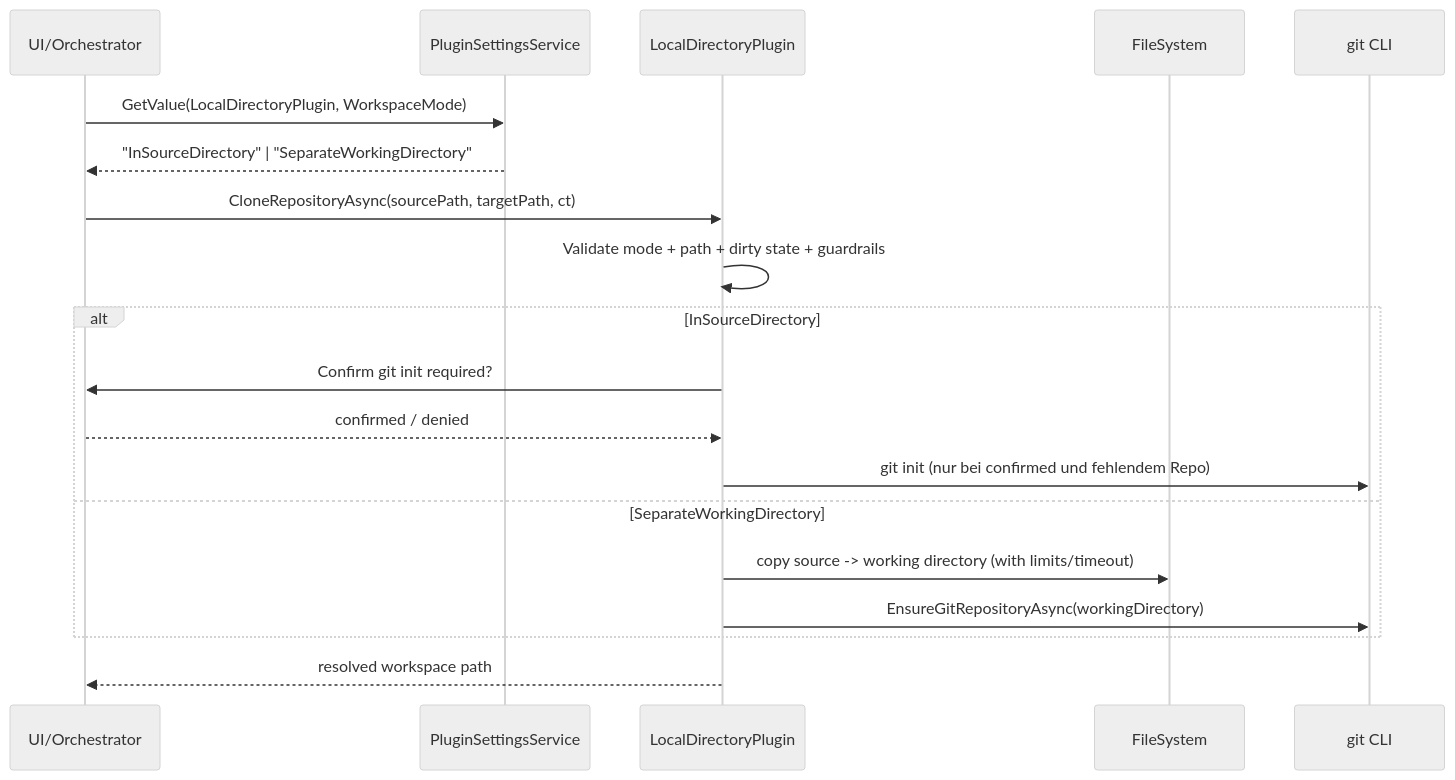
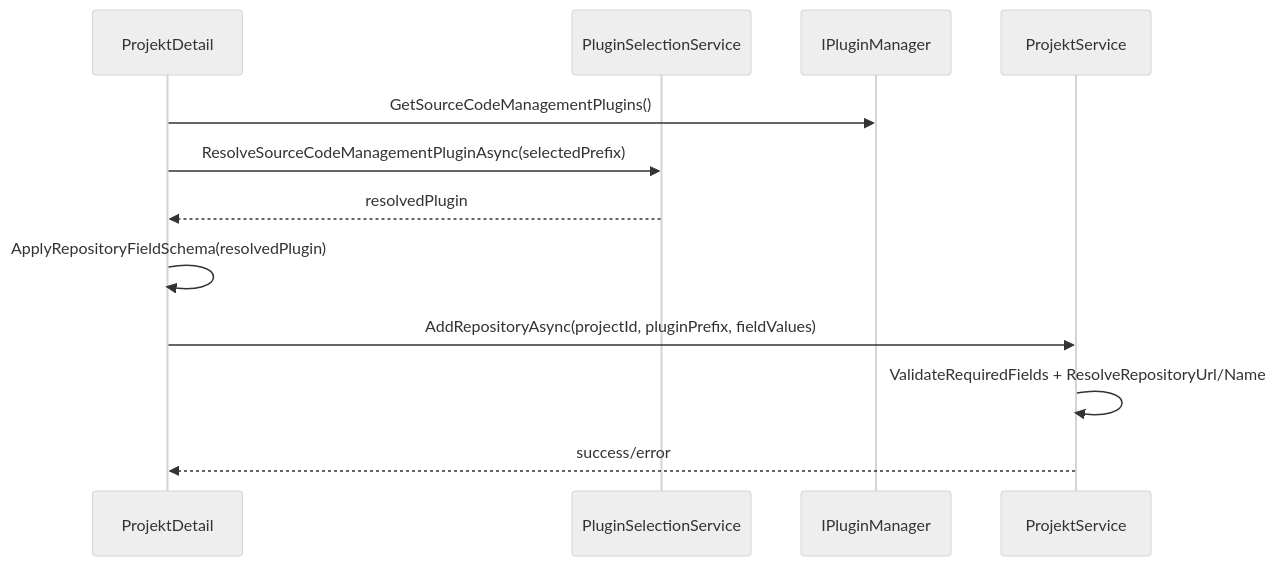
Before and after one commit to martin-stromberg/Softwareschmiede: the diagram in docs/architecture/lokales-verzeichnis-plugin-architecture-blueprint.md, drawn with Mermaid (neutral theme). The commit also changed other lines of this file and 53 other files, not shown here.

First line of the commit message:
fix: use repository-specific SCM plugin when starting task

````diff
--- a/docs/architecture/lokales-verzeichnis-plugin-architecture-blueprint.md
+++ b/docs/architecture/lokales-verzeichnis-plugin-architecture-blueprint.md
@@ -110,22 +31,15 @@
 ```mermaid
 sequenceDiagram
-    participant UI as UI/Orchestrator
-    participant PS as PluginSettingsService
-    participant LDP as LocalDirectoryPlugin
-    participant FS as FileSystem
-    participant GIT as git CLI
+    participant UI as ProjektDetail
+    participant PSS as PluginSelectionService
+    participant PM as IPluginManager
+    participant PS as ProjektService
 
-    UI->>PS: GetValue(LocalDirectoryPlugin, WorkspaceMode)
-    PS-->>UI: "InSourceDirectory" | "SeparateWorkingDirectory"
-    UI->>LDP: CloneRepositoryAsync(sourcePath, targetPath, ct)
-    LDP->>LDP: Validate mode + path + dirty state + guardrails
-    alt InSourceDirectory
-        LDP->>UI: Confirm git init required?
-        UI-->>LDP: confirmed / denied
-        LDP->>GIT: git init (nur bei confirmed und fehlendem Repo)
-    else SeparateWorkingDirectory
-        LDP->>FS: copy source -> working directory (with limits/timeout)
-        LDP->>GIT: EnsureGitRepositoryAsync(workingDirectory)
-    end
-    LDP-->>UI: resolved workspace path
+    UI->>PM: GetSourceCodeManagementPlugins()
+    UI->>PSS: ResolveSourceCodeManagementPluginAsync(selectedPrefix)
+    PSS-->>UI: resolvedPlugin
+    UI->>UI: ApplyRepositoryFieldSchema(resolvedPlugin)
+    UI->>PS: AddRepositoryAsync(projectId, pluginPrefix, fieldValues)
+    PS->>PS: ValidateRequiredFields + ResolveRepositoryUrl/Name
+    PS-->>UI: success/error
 ```
````
